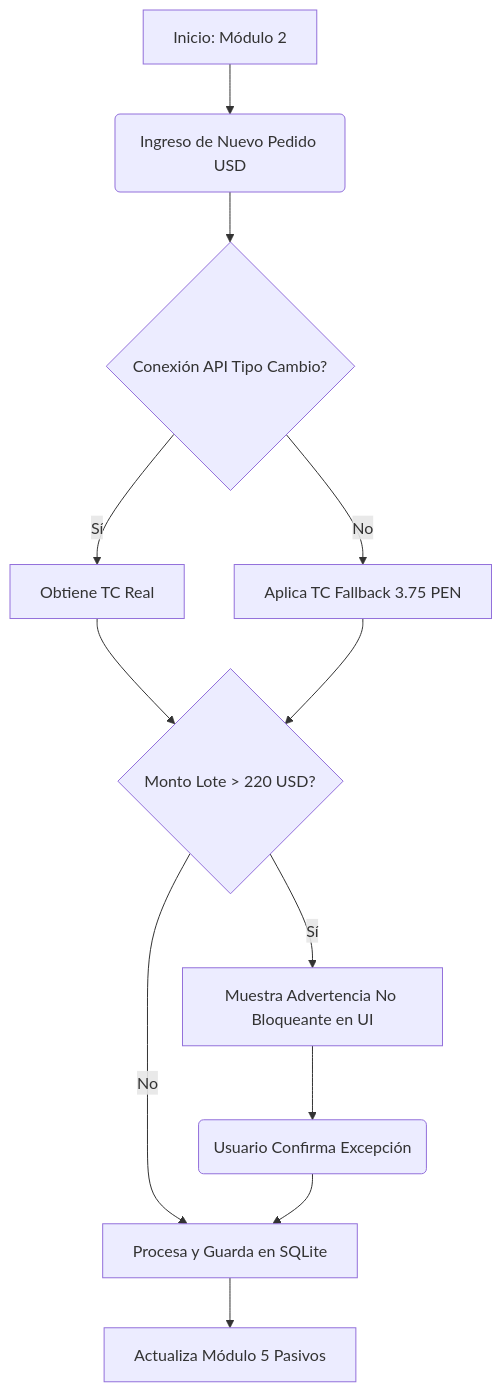
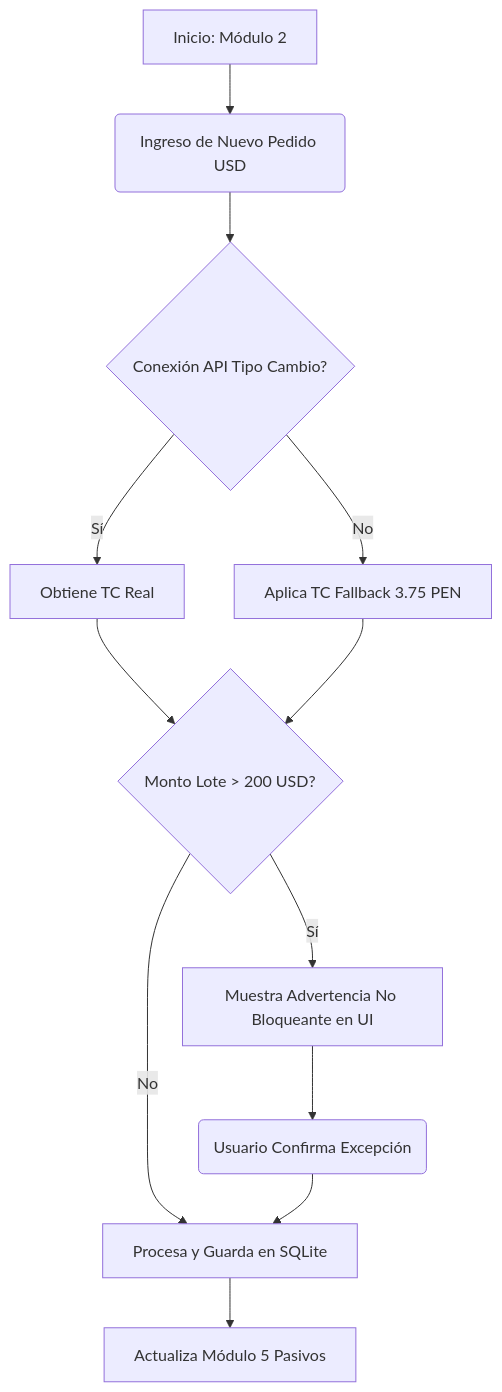
The diagram in MODULES.md (Lobito271/vfinancy), drawn with Mermaid before and after one commit. The commit also changed other lines of this file and 5 other files, not shown here.

````diff
--- a/MODULES.md
+++ b/MODULES.md
@@ -152,14 +152,14 @@
 ```mermaid
 flowchart TD
     A[Inicio: Módulo 2] --> B(Ingreso de Nuevo Pedido USD)
     B --> C{Conexión API Tipo Cambio?}
     C -- Sí --> D[Obtiene TC Real]
     C -- No --> E[Aplica TC Fallback 3.75 PEN]
-    D --> F{Monto Lote > 220 USD?}
+    D --> F{Monto Lote > 200 USD?}
     E --> F
     F -- Sí --> G[Muestra Advertencia No Bloqueante en UI]
     F -- No --> H[Procesa y Guarda en SQLite]
     G --> I(Usuario Confirma Excepción)
     I --> H
     H --> J[Actualiza Módulo 5 Pasivos]
 ```
````
